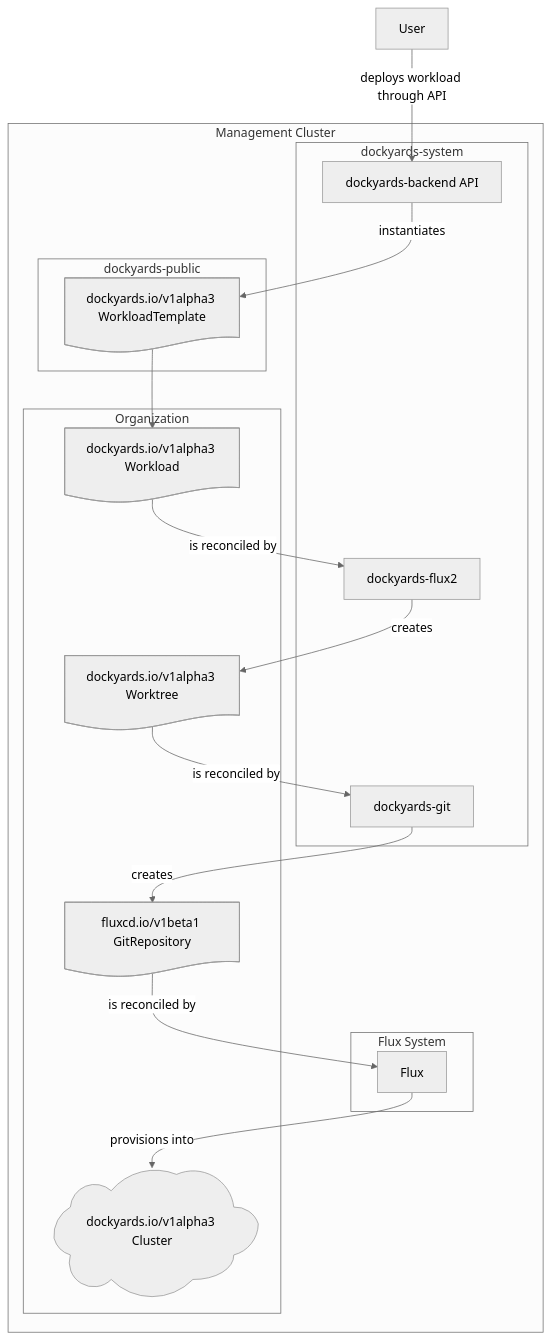
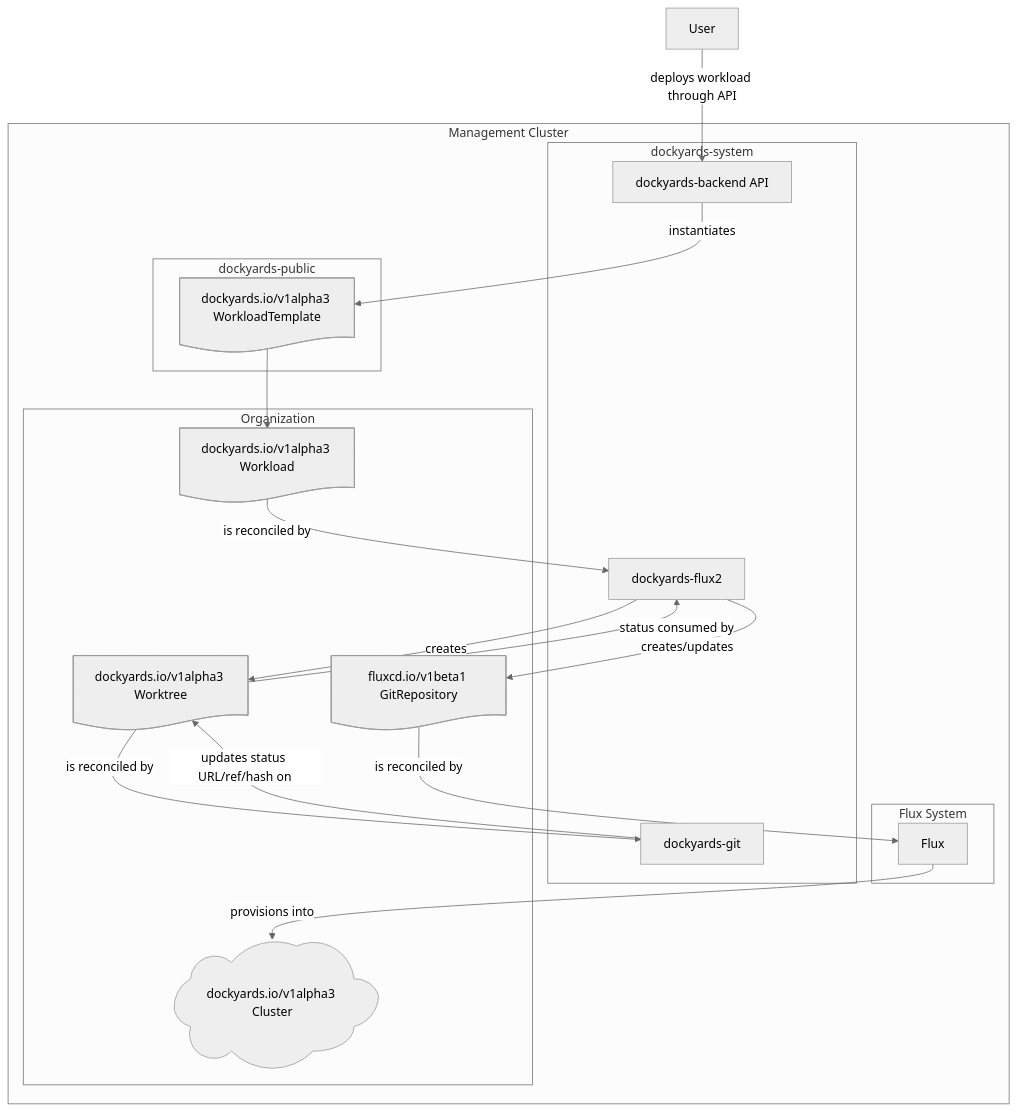
Before and after one commit to sudoswedenab/dockyards-git: the diagram in README.md, drawn with Mermaid (neutral theme). The commit also changed other lines of this file, not shown here.

````diff
--- a/README.md
+++ b/README.md
@@ -6,47 +6,49 @@
 ```mermaid
 flowchart TB
     User@{shape: rect, label: "User"}
     DockyardsBackend@{shape: rect, label: "dockyards-backend API"}
     DockyardsGit@{shape: rect, label: "dockyards-git"}
     DockyardsFlux2@{shape: rect, label: "dockyards-flux2"}
     Flux2@{shape: rect, label: "Flux"}
     DockyardsWorkloadTemplate@{shape: doc, label: "dockyards.io/v1alpha3 WorkloadTemplate"}
     DockyardsWorkload@{shape: doc, label: "dockyards.io/v1alpha3 Workload"}
     DockyardsWorktree@{shape: doc, label: "dockyards.io/v1alpha3 Worktree"}
     FluxGitRepository@{shape: doc, label: "fluxcd.io/v1beta1 GitRepository"}
     WorkloadCluster@{shape: cloud, label: "dockyards.io/v1alpha3 Cluster"}
 
     User -->|deploys workload through API| DockyardsBackend
     DockyardsBackend -->|instantiates| DockyardsWorkloadTemplate
     DockyardsWorkloadTemplate --> DockyardsWorkload
 
     DockyardsWorkload -->|is reconciled by| DockyardsFlux2
     DockyardsFlux2 -->|creates| DockyardsWorktree
     DockyardsWorktree -->|is reconciled by| DockyardsGit
-    DockyardsGit -->|creates| FluxGitRepository
+    DockyardsGit -->|updates status URL/ref/hash on| DockyardsWorktree
+    DockyardsWorktree -->|status consumed by| DockyardsFlux2
+    DockyardsFlux2 -->|creates/updates| FluxGitRepository
     FluxGitRepository -->|is reconciled by| Flux2
     Flux2 -->|provisions into| WorkloadCluster
 
     subgraph Management Cluster
         subgraph Flux System
             Flux2
         end
 
         subgraph dockyards-system
             DockyardsBackend
             DockyardsGit
             DockyardsFlux2
         end
 
         subgraph dockyards-public
             DockyardsWorkloadTemplate
         end
 
         subgraph Organization
             DockyardsWorkload
             FluxGitRepository
             DockyardsWorktree
             WorkloadCluster
         end
     end
 ```
````
